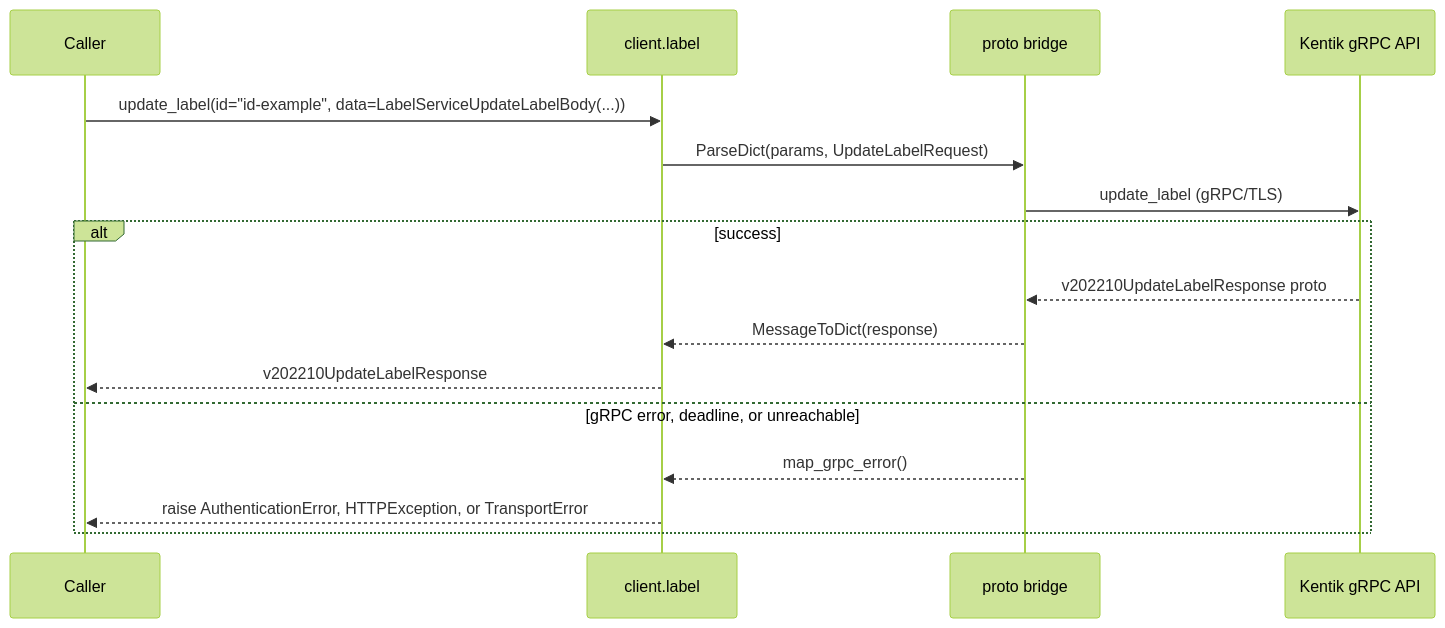
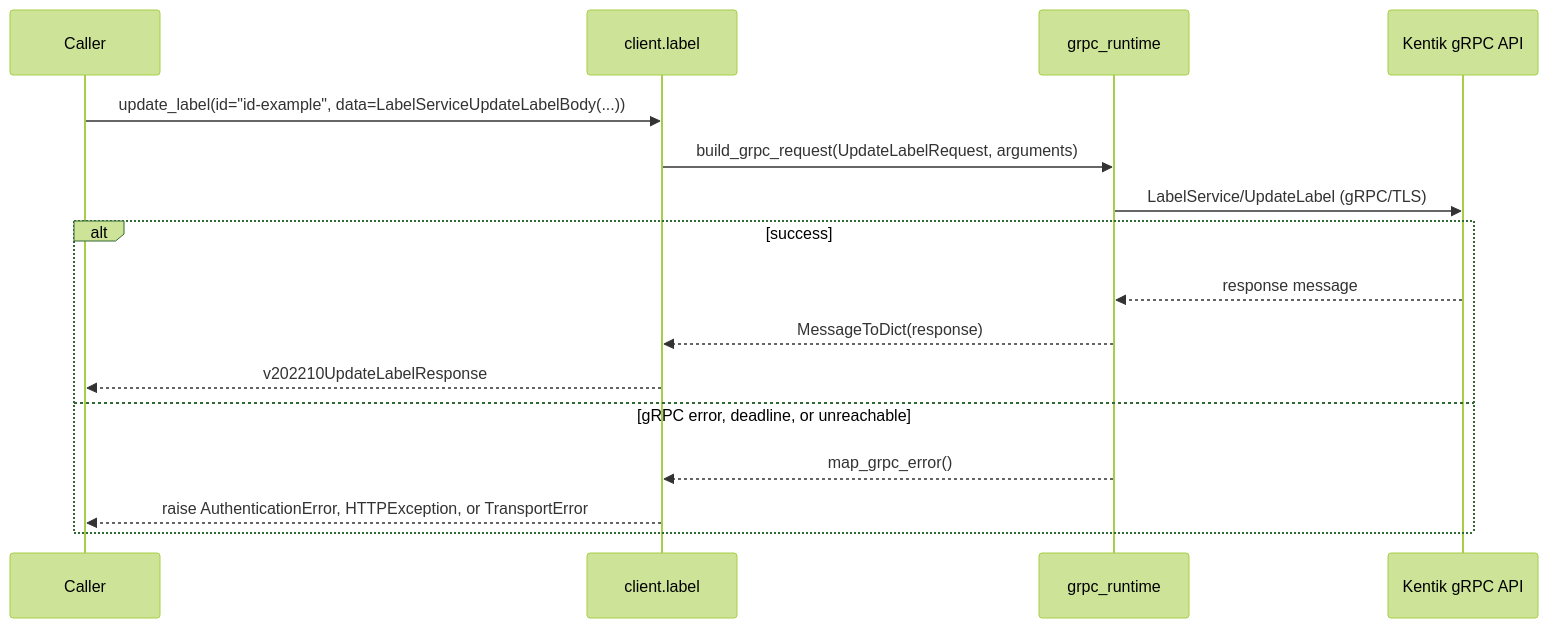
One commit to alexdearaujo/community_sdk_python changed the seventh of 10 diagrams in docs/sphinx/services/label.md. Above: the diagram before and after it, drawn with Mermaid (forest theme). The commit also changed other lines of this file and 37 other files, not shown here.

First line of the commit message:
docs: show the real RPC in each service page's gRPC diagram

````diff
--- a/docs/sphinx/services/label.md
+++ b/docs/sphinx/services/label.md
@@ -203,19 +203,19 @@
 ```mermaid
 sequenceDiagram
     participant C as Caller
     participant W as client.label
-    participant B as proto bridge
+    participant R as grpc_runtime
     participant API as Kentik gRPC API
 
     C->>W: update_label(id="id-example", data=LabelServiceUpdateLabelBody(...))
-    W->>B: ParseDict(params, UpdateLabelRequest)
-    B->>API: update_label (gRPC/TLS)
+    W->>R: build_grpc_request(UpdateLabelRequest, arguments)
+    R->>API: LabelService/UpdateLabel (gRPC/TLS)
     alt success
-        API-->>B: v202210UpdateLabelResponse proto
-        B-->>W: MessageToDict(response)
+        API-->>R: response message
+        R-->>W: MessageToDict(response)
         W-->>C: v202210UpdateLabelResponse
     else gRPC error, deadline, or unreachable
-        B-->>W: map_grpc_error()
+        R-->>W: map_grpc_error()
         W-->>C: raise AuthenticationError, HTTPException, or TransportError
     end
 ```
````
